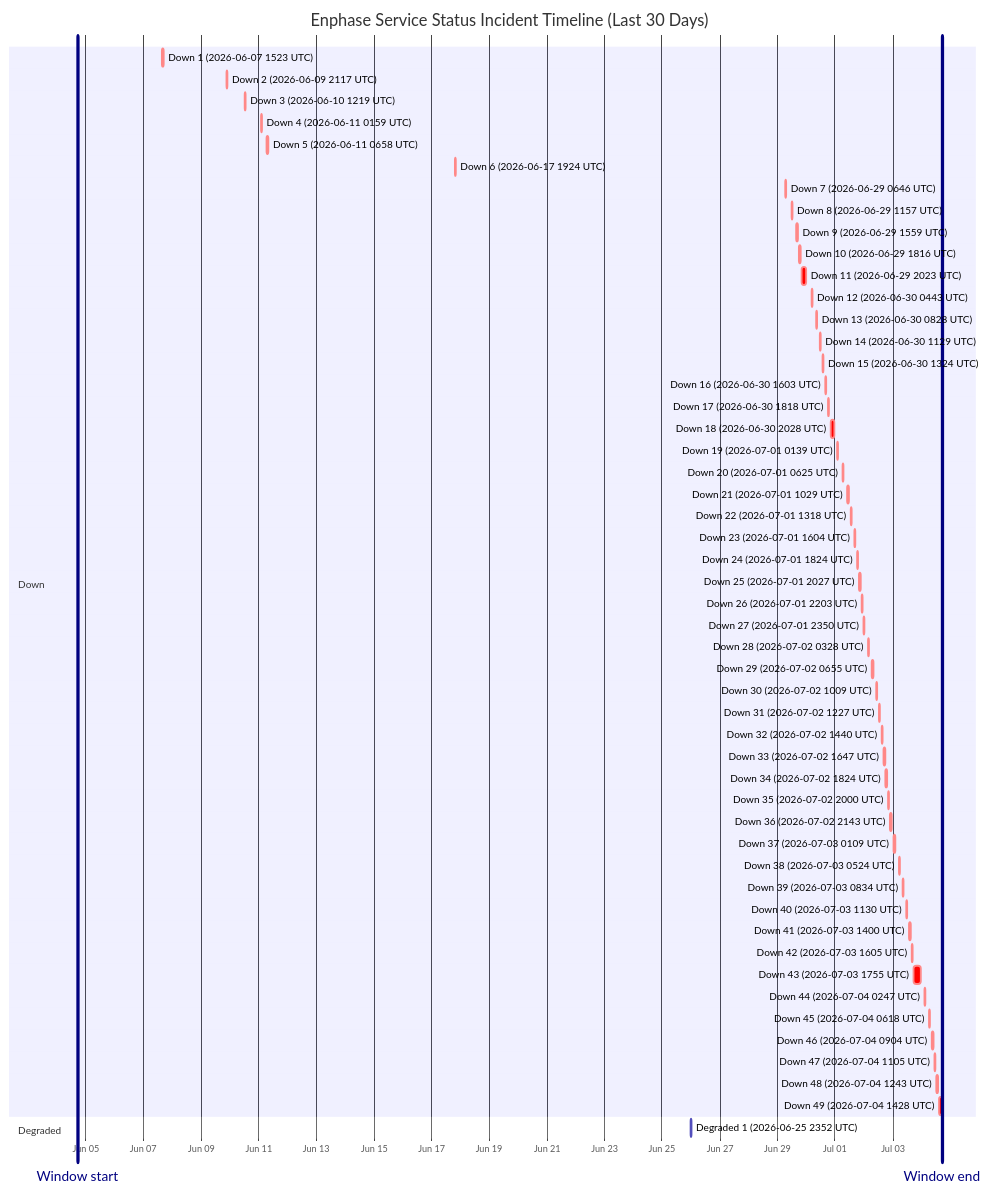
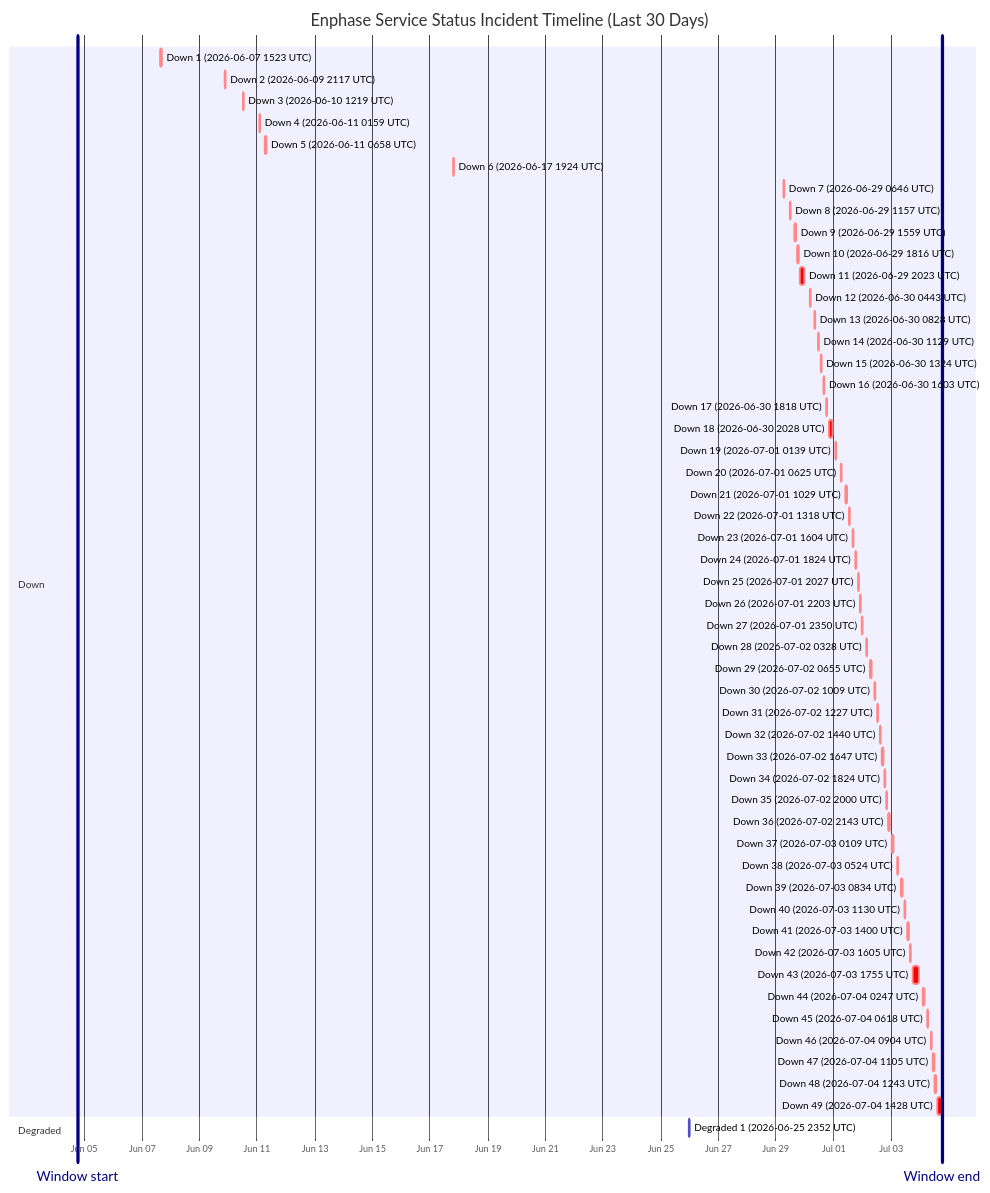
Before and after one commit to barneyonline/ha-enphase-energy: the diagram in wiki/Service-Status-History.md, drawn with Mermaid. The commit also changed other lines of this file and 3 other files, not shown here.

````diff
--- a/wiki/Service-Status-History.md
+++ b/wiki/Service-Status-History.md
@@ -14,60 +14,60 @@
 ```mermaid
 gantt
     title Enphase Service Status Incident Timeline (Last 30 Days)
     dateFormat  YYYY-MM-DDTHH:mm:ss
     axisFormat  %b %d
-    Window start :vert, window-start, 2026-06-04T17:03:27, 0ms
-    Window end :vert, window-end, 2026-07-04T17:03:27, 0ms
+    Window start :vert, window-start, 2026-06-04T18:31:22, 0ms
+    Window end :vert, window-end, 2026-07-04T18:31:22, 0ms
     section Down
     Down 1 (2026-06-07 1523 UTC) :crit, down-1, 2026-06-07T15:23:22, 87m
     Down 2 (2026-06-09 2117 UTC) :crit, down-2, 2026-06-09T21:17:17, 60m
     Down 3 (2026-06-10 1219 UTC) :crit, down-3, 2026-06-10T12:19:21, 60m
     Down 4 (2026-06-11 0159 UTC) :crit, down-4, 2026-06-11T01:59:36, 60m
     Down 5 (2026-06-11 0658 UTC) :crit, down-5, 2026-06-11T06:58:45, 60m
     Down 6 (2026-06-17 1924 UTC) :crit, down-6, 2026-06-17T19:24:51, 60m
     Down 7 (2026-06-29 0646 UTC) :crit, down-7, 2026-06-29T06:46:18, 60m
     Down 8 (2026-06-29 1157 UTC) :crit, down-8, 2026-06-29T11:57:36, 60m
     Down 9 (2026-06-29 1559 UTC) :crit, down-9, 2026-06-29T15:59:02, 60m
     Down 10 (2026-06-29 1816 UTC) :crit, down-10, 2026-06-29T18:16:38, 60m
     Down 11 (2026-06-29 2023 UTC) :crit, down-11, 2026-06-29T20:23:16, 220m
     Down 12 (2026-06-30 0443 UTC) :crit, down-12, 2026-06-30T04:43:54, 60m
     Down 13 (2026-06-30 0828 UTC) :crit, down-13, 2026-06-30T08:28:43, 60m
     Down 14 (2026-06-30 1129 UTC) :crit, down-14, 2026-06-30T11:29:15, 60m
     Down 15 (2026-06-30 1324 UTC) :crit, down-15, 2026-06-30T13:24:25, 60m
     Down 16 (2026-06-30 1603 UTC) :crit, down-16, 2026-06-30T16:03:26, 60m
     Down 17 (2026-06-30 1818 UTC) :crit, down-17, 2026-06-30T18:18:39, 60m
     Down 18 (2026-06-30 2028 UTC) :crit, down-18, 2026-06-30T20:28:54, 171m
     Down 19 (2026-07-01 0139 UTC) :crit, down-19, 2026-07-01T01:39:18, 60m
     Down 20 (2026-07-01 0625 UTC) :crit, down-20, 2026-07-01T06:25:35, 60m
     Down 21 (2026-07-01 1029 UTC) :crit, down-21, 2026-07-01T10:29:24, 60m
     Down 22 (2026-07-01 1318 UTC) :crit, down-22, 2026-07-01T13:18:31, 60m
     Down 23 (2026-07-01 1604 UTC) :crit, down-23, 2026-07-01T16:04:29, 60m
     Down 24 (2026-07-01 1824 UTC) :crit, down-24, 2026-07-01T18:24:21, 60m
     Down 25 (2026-07-01 2027 UTC) :crit, down-25, 2026-07-01T20:27:17, 60m
     Down 26 (2026-07-01 2203 UTC) :crit, down-26, 2026-07-01T22:03:46, 60m
     Down 27 (2026-07-01 2350 UTC) :crit, down-27, 2026-07-01T23:50:52, 60m
     Down 28 (2026-07-02 0328 UTC) :crit, down-28, 2026-07-02T03:28:33, 60m
     Down 29 (2026-07-02 0655 UTC) :crit, down-29, 2026-07-02T06:55:07, 60m
     Down 30 (2026-07-02 1009 UTC) :crit, down-30, 2026-07-02T10:09:15, 60m
     Down 31 (2026-07-02 1227 UTC) :crit, down-31, 2026-07-02T12:27:49, 60m
     Down 32 (2026-07-02 1440 UTC) :crit, down-32, 2026-07-02T14:40:53, 60m
     Down 33 (2026-07-02 1647 UTC) :crit, down-33, 2026-07-02T16:47:47, 60m
     Down 34 (2026-07-02 1824 UTC) :crit, down-34, 2026-07-02T18:24:26, 60m
     Down 35 (2026-07-02 2000 UTC) :crit, down-35, 2026-07-02T20:00:57, 60m
     Down 36 (2026-07-02 2143 UTC) :crit, down-36, 2026-07-02T21:43:52, 80m
     Down 37 (2026-07-03 0109 UTC) :crit, down-37, 2026-07-03T01:09:19, 60m
     Down 38 (2026-07-03 0524 UTC) :crit, down-38, 2026-07-03T05:24:23, 60m
     Down 39 (2026-07-03 0834 UTC) :crit, down-39, 2026-07-03T08:34:05, 60m
     Down 40 (2026-07-03 1130 UTC) :crit, down-40, 2026-07-03T11:30:41, 60m
     Down 41 (2026-07-03 1400 UTC) :crit, down-41, 2026-07-03T14:00:48, 60m
     Down 42 (2026-07-03 1605 UTC) :crit, down-42, 2026-07-03T16:05:49, 60m
     Down 43 (2026-07-03 1755 UTC) :crit, down-43, 2026-07-03T17:55:54, 338m
     Down 44 (2026-07-04 0247 UTC) :crit, down-44, 2026-07-04T02:47:22, 60m
     Down 45 (2026-07-04 0618 UTC) :crit, down-45, 2026-07-04T06:18:09, 60m
     Down 46 (2026-07-04 0904 UTC) :crit, down-46, 2026-07-04T09:04:41, 60m
     Down 47 (2026-07-04 1105 UTC) :crit, down-47, 2026-07-04T11:05:21, 60m
     Down 48 (2026-07-04 1243 UTC) :crit, down-48, 2026-07-04T12:43:25, 60m
-    Down 49 (2026-07-04 1428 UTC) :crit, down-49, 2026-07-04T14:28:07, 155m
+    Down 49 (2026-07-04 1428 UTC) :crit, down-49, 2026-07-04T14:28:07, 243m
     section Degraded
     Degraded 1 (2026-06-25 2352 UTC) :active, degraded-1, 2026-06-25T23:52:01, 60m
 ```
````
